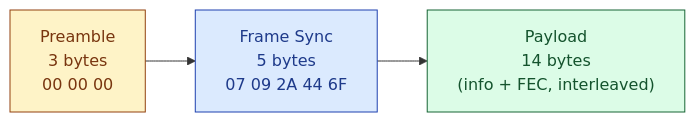
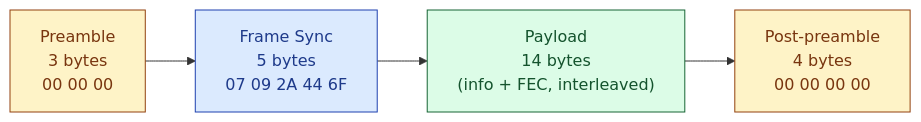
The second of 4 diagrams in docs/reference/protocols/MDC1200.md (KR8MER/eas-station), drawn with Mermaid before and after one commit. The commit also changed other lines of this file and 9 other files, not shown here.

````diff
--- a/docs/reference/protocols/MDC1200.md
+++ b/docs/reference/protocols/MDC1200.md
@@ -104,15 +122,18 @@
 ```mermaid
 flowchart LR
     P["Preamble<br/>3 bytes<br/>00 00 00"]
     S["Frame Sync<br/>5 bytes<br/>07 09 2A 44 6F"]
     PL["Payload<br/>14 bytes<br/>(info + FEC, interleaved)"]
+    POST["Post-preamble<br/>4 bytes<br/>00 00 00 00"]
 
-    P --> S --> PL
+    P --> S --> PL --> POST
 
     classDef preamble fill:#fef3c7,stroke:#92400e,color:#78350f;
     classDef sync fill:#dbeafe,stroke:#1e40af,color:#1e3a8a;
     classDef payload fill:#dcfce7,stroke:#166534,color:#14532d;
+    classDef post fill:#fef3c7,stroke:#92400e,color:#78350f;
     class P preamble;
     class S sync;
     class PL payload;
+    class POST post;
 ```
````
